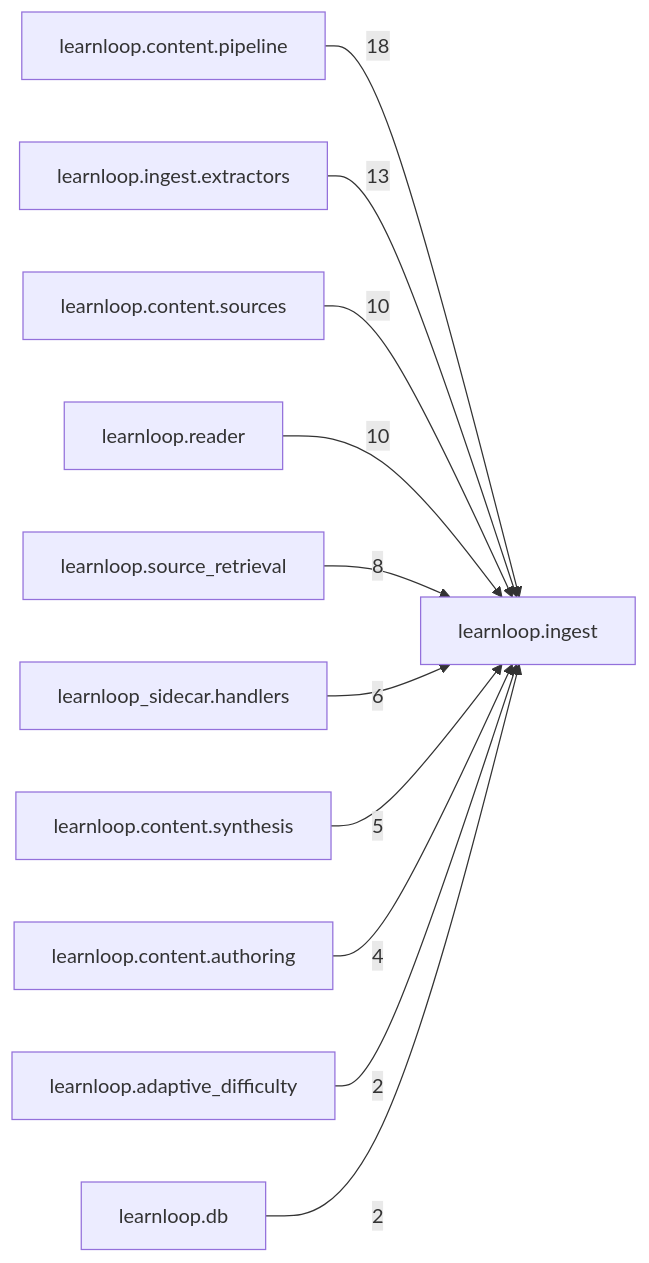
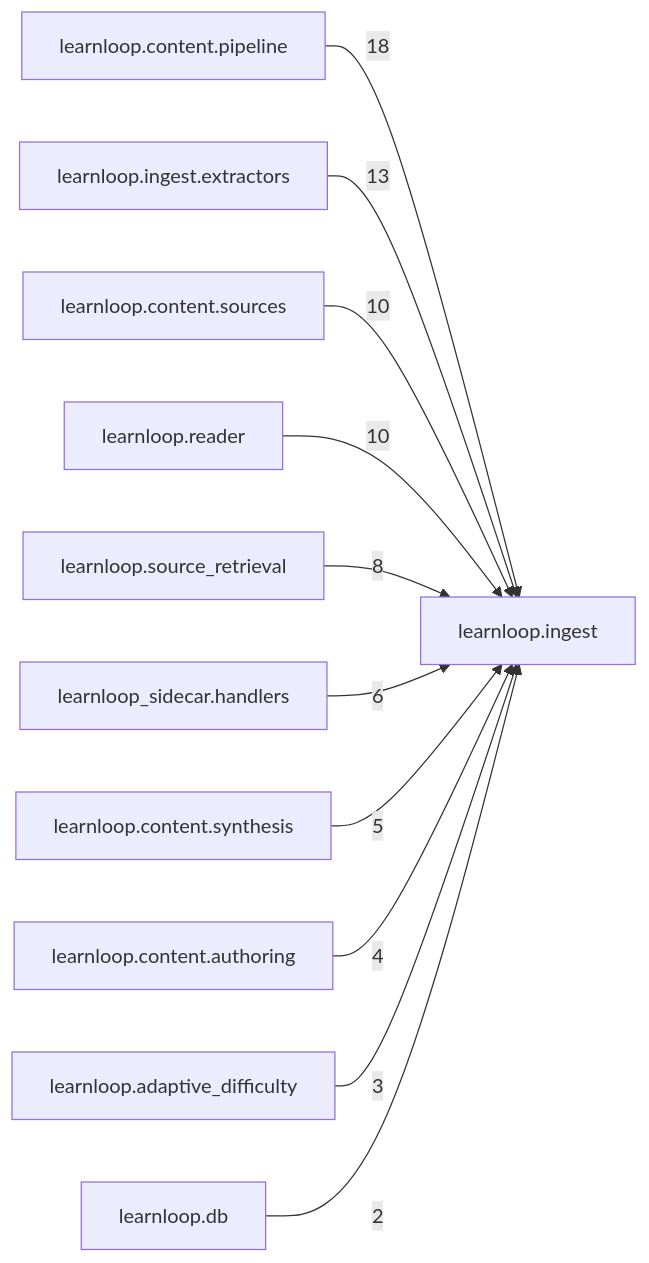
The diagram in docs/learnloop-architecture-vault/Reference/Modules/learnloop/ingest/_package.md (6up-b/learnanything), drawn with Mermaid before and after one commit. The commit also changed other lines of this file and 45 other files, not shown here.

````diff
--- a/docs/learnloop-architecture-vault/Reference/Modules/learnloop/ingest/_package.md
+++ b/docs/learnloop-architecture-vault/Reference/Modules/learnloop/ingest/_package.md
@@ -115,24 +115,24 @@
 ```mermaid
 flowchart LR
     center["learnloop.ingest"]
     n_learnloop_content_pipeline["learnloop.content.pipeline"]
     n_learnloop_ingest_extractors["learnloop.ingest.extractors"]
     n_learnloop_content_sources["learnloop.content.sources"]
     n_learnloop_reader["learnloop.reader"]
     n_learnloop_source_retrieval["learnloop.source_retrieval"]
     n_learnloop_sidecar_handlers["learnloop_sidecar.handlers"]
     n_learnloop_content_synthesis["learnloop.content.synthesis"]
     n_learnloop_content_authoring["learnloop.content.authoring"]
     n_learnloop_adaptive_difficulty["learnloop.adaptive_difficulty"]
     n_learnloop_db["learnloop.db"]
     n_learnloop_content_pipeline -->|18| center
     n_learnloop_ingest_extractors -->|13| center
     n_learnloop_content_sources -->|10| center
     n_learnloop_reader -->|10| center
     n_learnloop_source_retrieval -->|8| center
     n_learnloop_sidecar_handlers -->|6| center
     n_learnloop_content_synthesis -->|5| center
     n_learnloop_content_authoring -->|4| center
-    n_learnloop_adaptive_difficulty -->|2| center
+    n_learnloop_adaptive_difficulty -->|3| center
     n_learnloop_db -->|2| center
 ```
````
